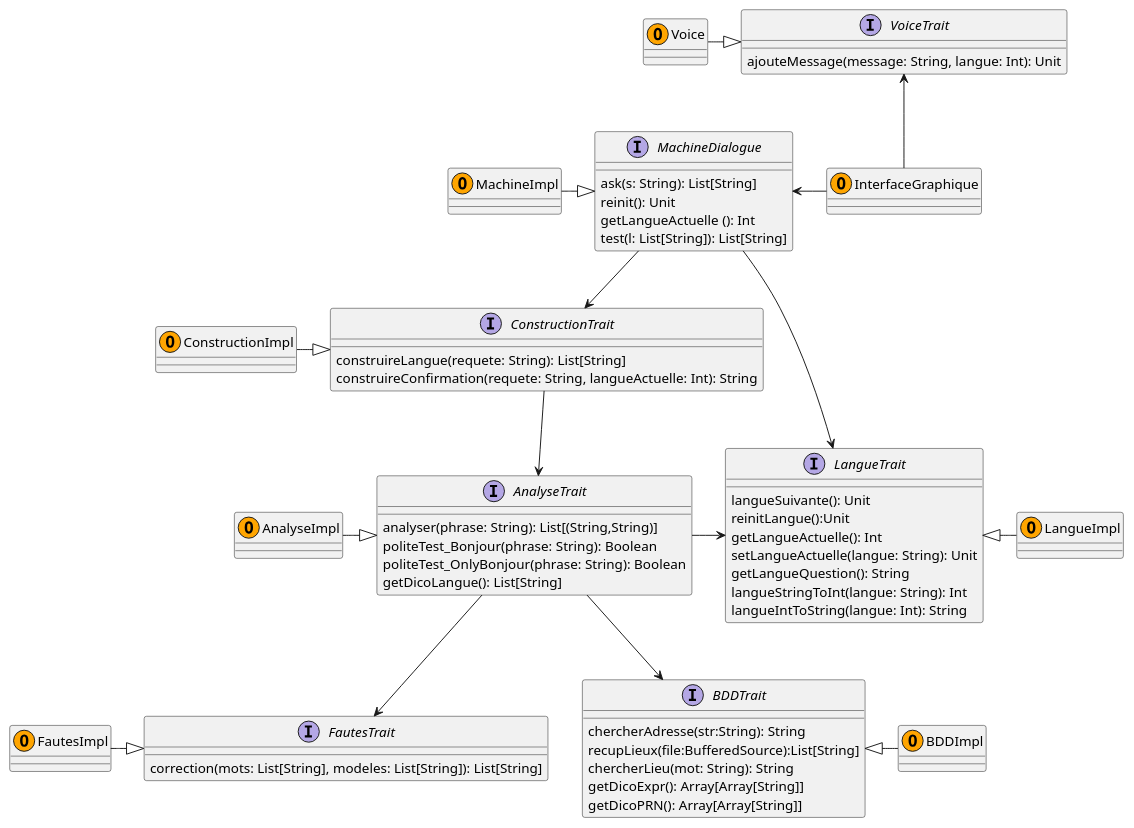
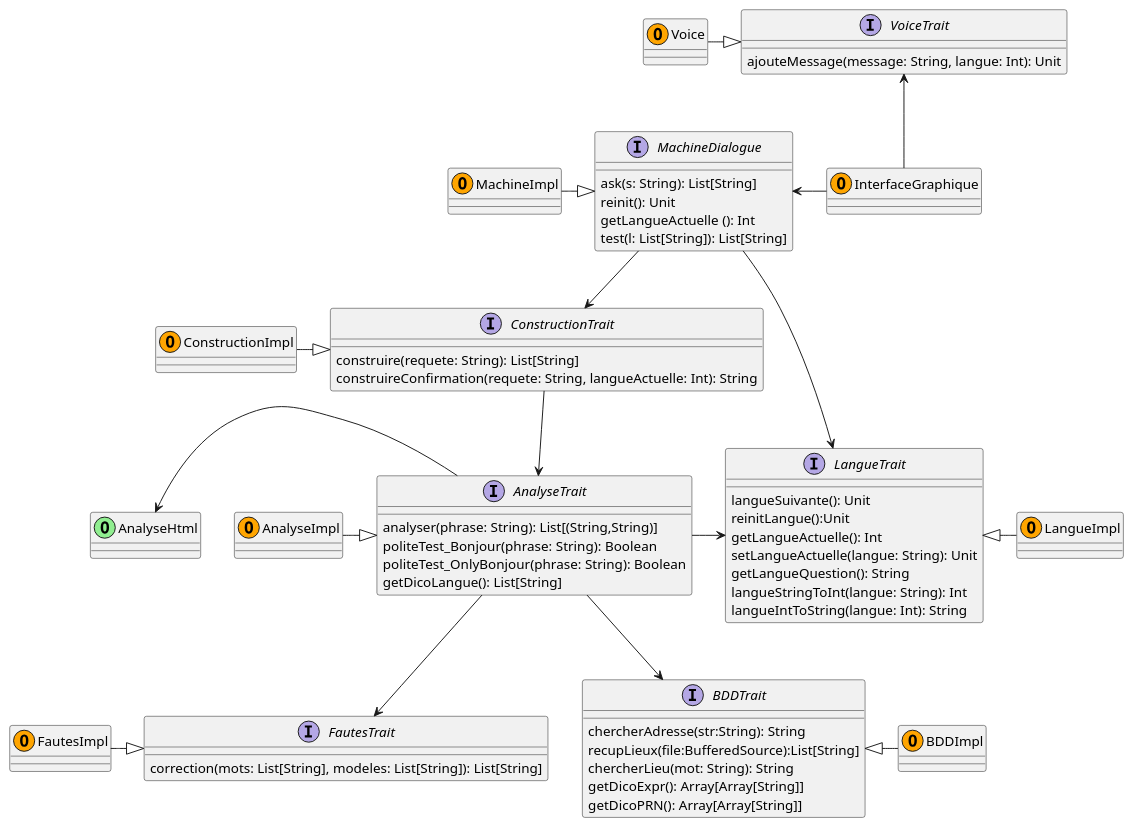
The diagram in src/main/scala/diagramme/diag_imp.plantuml (mathisglt/AvatarBacchus), drawn with PlantUML before and after one commit.

Commit message:
ajout de analyseHtml au diagramme

```diff
--- a/src/main/scala/diagramme/diag_imp.plantuml
+++ b/src/main/scala/diagramme/diag_imp.plantuml
@@ -1,78 +1,85 @@
 @startuml Avatar
 
 ' Création des interfaces
+
 interface AnalyseTrait{
 	analyser(phrase: String): List[(String,String)]
 	politeTest_Bonjour(phrase: String): Boolean
 	politeTest_OnlyBonjour(phrase: String): Boolean
 	getDicoLangue(): List[String]
 }
 
 interface BDDTrait{
 	chercherAdresse(str:String): String
 	recupLieux(file:BufferedSource):List[String]
 	chercherLieu(mot: String): String
 	getDicoExpr(): Array[Array[String]]
 	getDicoPRN(): Array[Array[String]]
 }
 
 interface ConstructionTrait{
-	construireLangue(requete: String): List[String]
+	construire(requete: String): List[String]
 	construireConfirmation(requete: String, langueActuelle: Int): String
 }
 
 interface LangueTrait{
 	langueSuivante(): Unit
 	reinitLangue():Unit
  	getLangueActuelle(): Int
   	setLangueActuelle(langue: String): Unit
   	getLangueQuestion(): String
   	langueStringToInt(langue: String): Int
 	langueIntToString(langue: Int): String
 }
 
 interface MachineDialogue {
 	ask(s: String): List[String]
 	reinit(): Unit
 	getLangueActuelle (): Int 
 	test(l: List[String]): List[String]
 }
 
 interface FautesTrait{
 	correction(mots: List[String], modeles: List[String]): List[String]
 }
 
 interface VoiceTrait{
 	ajouteMessage(message: String, langue: Int): Unit
 }
 
+
 ' Création des objects
+
+' Objet issu du projet Robot Web 
+class AnalyseHtml <<(O,LightGreen)>> 
+
 class AnalyseImpl <<(O,Orange)>>
 class BDDImpl <<(O,Orange)>>
 class ConstructionImpl <<(O,Orange)>>
 class InterfaceGraphique <<(O,Orange)>>
 class LangueImpl <<(O,Orange)>>
 class MachineImpl <<(O,Orange)>>
 class FautesImpl <<(O,Orange)>>
 class Voice <<(O,Orange)>>
 
 ' Relations d'héritage
 MachineImpl -|> MachineDialogue
 BDDTrait <|-  BDDImpl
 ConstructionImpl -|>  ConstructionTrait
 AnalyseImpl -|>  AnalyseTrait
 FautesImpl -|> FautesTrait
 LangueTrait <|-  LangueImpl
 Voice -|> VoiceTrait
 
 ' Relations d'utilisation
 MachineDialogue --> ConstructionTrait
 MachineDialogue <- InterfaceGraphique
 VoiceTrait <-- InterfaceGraphique
 ConstructionTrait --> AnalyseTrait
 AnalyseTrait -> LangueTrait
 AnalyseTrait --> FautesTrait
 AnalyseTrait --> BDDTrait
+AnalyseHtml <- AnalyseTrait
 MachineDialogue --> LangueTrait
 
 @enduml
```
